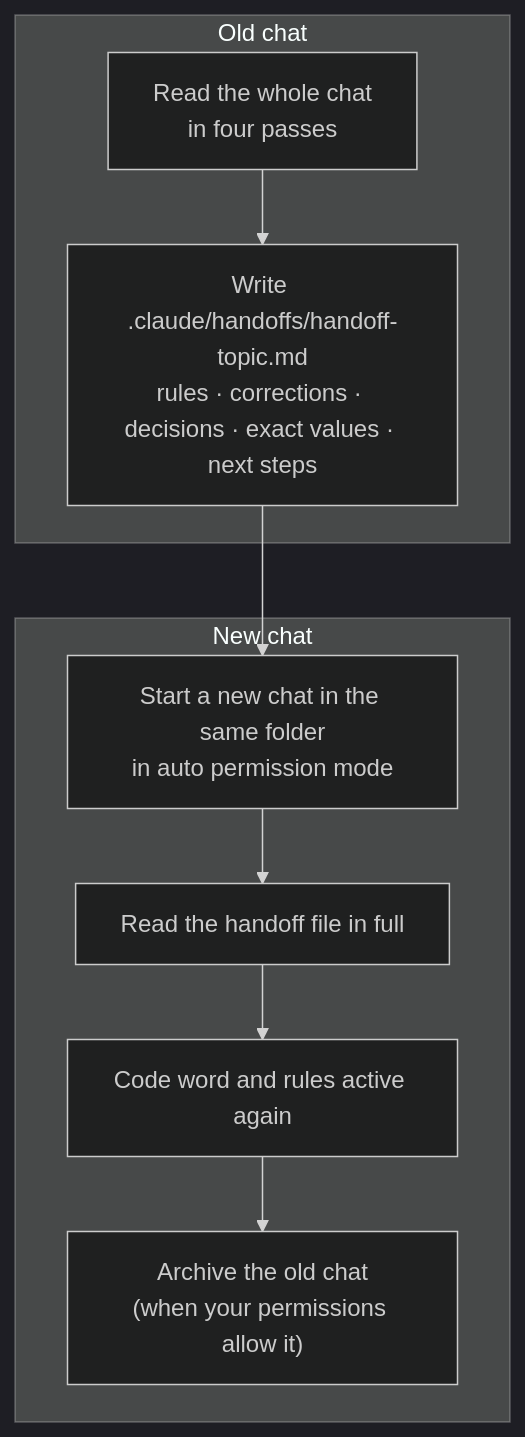
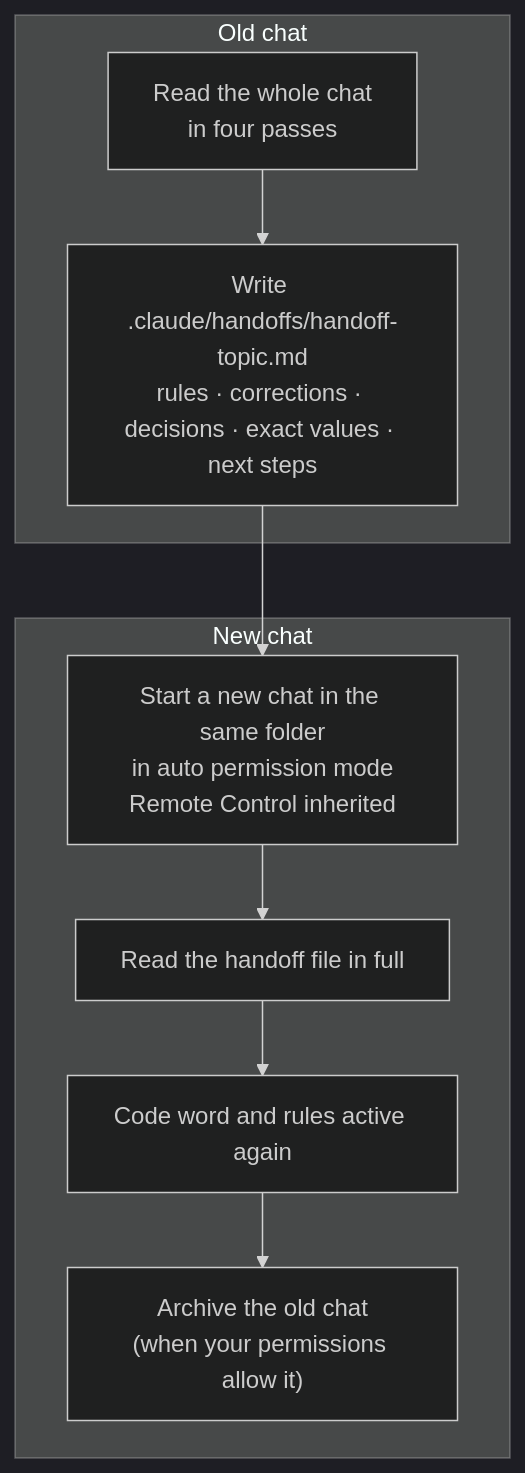
Before and after one commit to fazendev/fazen-memory: the third of 3 diagrams in README.md, drawn with Mermaid (dark theme). The commit also changed other lines of this file and 2 other files, not shown here.

First line of the commit message:
Handoff: chat nuova sempre nella barra laterale e Remote Control ereditato

````diff
--- a/README.md
+++ b/README.md
@@ -75,12 +75,12 @@
 ```mermaid
 flowchart TB
     subgraph old["Old chat"]
         H1["Read the whole chat<br/>in four passes"] --> H2["Write .claude/handoffs/handoff-topic.md<br/>rules · corrections · decisions · exact values · next steps"]
     end
-    H2 --> NC["Start a new chat in the same folder<br/>in auto permission mode"]
+    H2 --> NC["Start a new chat in the same folder<br/>in auto permission mode<br/>Remote Control inherited"]
     subgraph new["New chat"]
         NC --> R1["Read the handoff file in full"]
         R1 --> R2["Code word and rules active again"]
         R2 --> R3["Archive the old chat<br/>(when your permissions allow it)"]
     end
 ```
````
